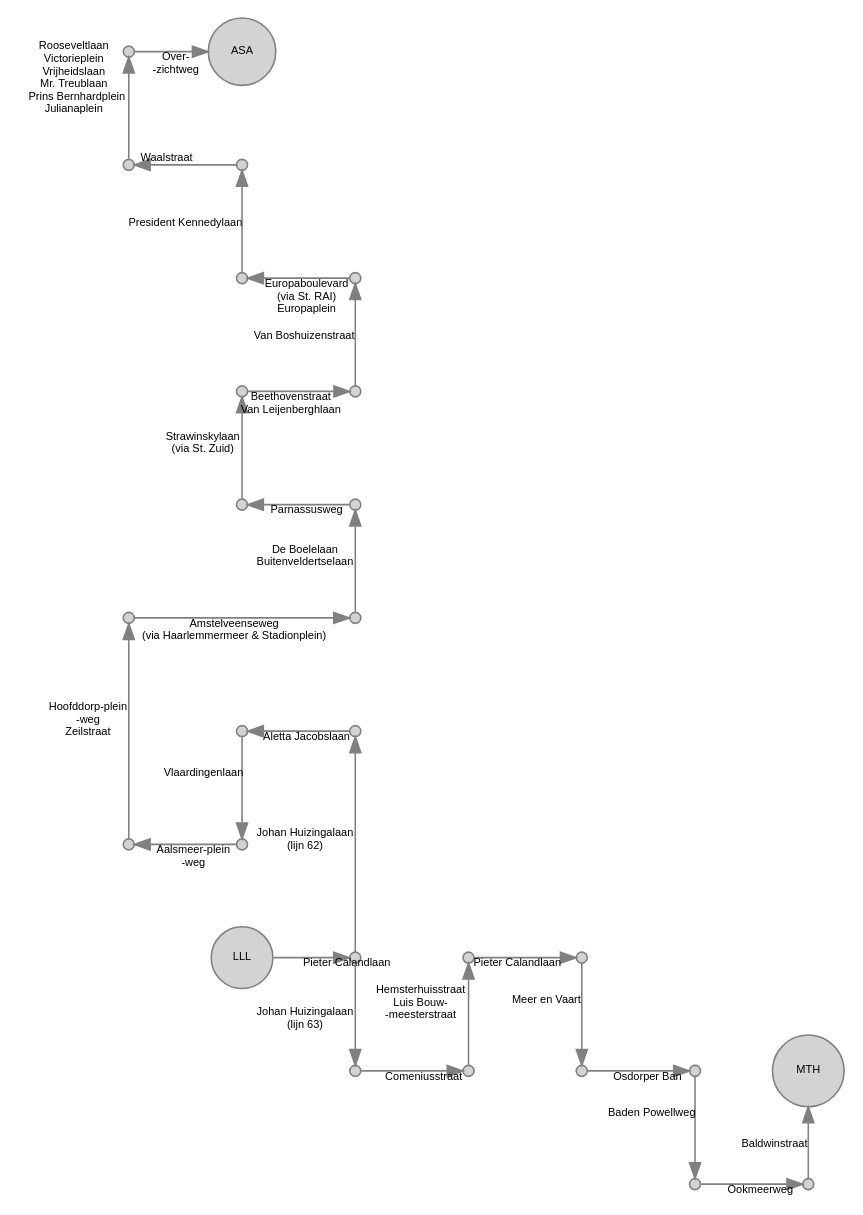
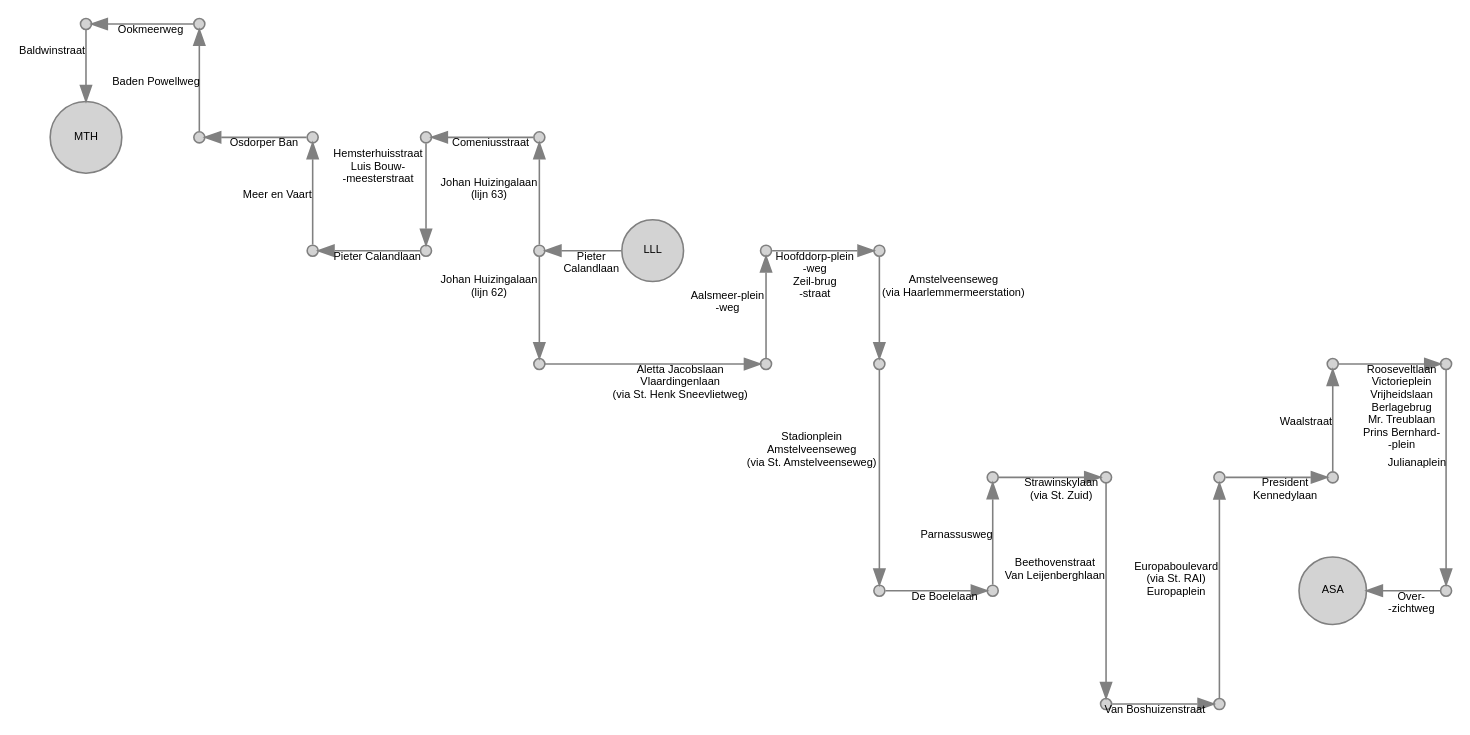
One commit to JacekPardyak/bus changed the diagram in gvb/gvb_LLL.gv. Above: the diagram before and after it, drawn with Graphviz. The commit also changed 26 other files, not shown here.

```diff
--- a/gvb/gvb_LLL.gv
+++ b/gvb/gvb_LLL.gv
@@ -1,82 +1,91 @@
 digraph G {
   layout = neato
   node [shape = circle, style = filled, fillcolor = lightgray, color=gray, height=0.1, label = "", fontsize = 7, fontname = "Arial"]
   edge [color=gray, fontsize = 7, fontname = "Arial"]
 
   # lijn 63
-  6300 [pos = "0, 0!", label = "LLL"]
-  6301 [pos = "1, 0!"]
-  6302 [pos = "1,-1!"]
-  6303 [pos = "2,-1!"]
-  6304 [pos = "2, 0!"]
-  6305 [pos = "3, 0!"]
-  6306 [pos = "3,-1!"]
-  6307 [pos = "4,-1!"]
-  6308 [pos = "4,-2!"]
-  6309 [pos = "5,-2!"]
-  6310 [pos = "5,-1!", label = "MTH"]
+  6300 [pos = " 0, 0!", label = "LLL"]
+  6301 [pos = "-1, 0!"]
+  6302 [pos = "-1, 1!"]
+  6303 [pos = "-2, 1!"]
+  6304 [pos = "-2, 0!"]
+  6305 [pos = "-3, 0!"]
+  6306 [pos = "-3, 1!"]
+  6307 [pos = "-4, 1!"]
+  6308 [pos = "-4, 2!"]
+  6309 [pos = "-5, 2!"]
+  6310 [pos = "-5, 1!", label = "MTH"]
 
-  6202 [pos = " 1, 2!"]
-  6203 [pos = " 0, 2!"]
-  6204 [pos = " 0, 1!"]
-  6205 [pos = "-1, 1!"]
-  6206 [pos = "-1, 3!"]
-  6207 [pos = " 1, 3!"]
-  6208 [pos = " 1, 4!"]
-  6209 [pos = " 0, 4!"]
-  6210 [pos = " 0, 5!"]
-  6211 [pos = " 1, 5!"]
-  6212 [pos = " 1, 6!"]
-  6213 [pos = " 0, 6!"]
-  6214 [pos = " 0, 7!"]
-  6215 [pos = "-1, 7!"]
-  6216 [pos = "-1, 8!"]
-  6217 [pos = " 0, 8!", label = "ASA"]
+  6202 [pos = "-1,-1!"]
+  6203 [pos = " 2,-1!"]
+  6204 [pos = " 1,-1!"]
+  6205 [pos = " 1, 0!"]
+  6206 [pos = " 2, 0!"]
+  6207 [pos = " 2,-3!"]
+  6208 [pos = " 3,-3!"]
+  6209 [pos = " 3,-2!"]
+  6210 [pos = " 4,-2!"]
+  6211 [pos = " 4,-4!"]
+  6212 [pos = " 5,-4!"]
+  6213 [pos = " 5,-2!"]
+  6214 [pos = " 6,-2!"]
+  6215 [pos = " 6,-1!"]
+  6216 [pos = " 7,-1!"]
+  6217 [pos = " 7,-3!"]
+  6218 [pos = " 6,-3!", label = "ASA"]
 
-  6300 -> 6301 [label = "Pieter Calandlaan"]
+  6300 -> 6301 [label = "Pieter 
+ Calandlaan"]
   6301 -> 6302 [label = "Johan Huizingalaan 
  (lijn 63)"]
   6302 -> 6303 [label = "Comeniusstraat"]
   6303 -> 6304 [label = "Hemsterhuisstraat 
  Luis Bouw-
 -meesterstraat"]
   6304 -> 6305 [label = "Pieter Calandlaan"]
   6305 -> 6306 [label = "Meer en Vaart"]
   6306 -> 6307 [label = "Osdorper Ban"]
   6307 -> 6308 [label = "Baden Powellweg"]
   6308 -> 6309 [label = "Ookmeerweg"]
   6309 -> 6310 [label = "Baldwinstraat"]
 
   6301 -> 6202 [label = "Johan Huizingalaan 
  (lijn 62)"]
-  6202 -> 6203 [label = "Aletta Jacobslaan"]
-  6203 -> 6204 [label = "Vlaardingenlaan"]
+  6202 -> 6204 [label = "Aletta Jacobslaan 
+ Vlaardingenlaan 
+ (via St. Henk Sneevlietweg)"]
   6204 -> 6205 [label = "Aalsmeer-plein 
  -weg"]
   6205 -> 6206 [label = "Hoofddorp-plein 
  -weg 
- Zeilstraat"]
-  6206 -> 6207 [label = "Amstelveenseweg 
- (via Haarlemmermeer & Stadionplein)"]
-  6207 -> 6208 [label = "De Boelelaan 
- Buitenveldertselaan"]
+ Zeil-brug 
+ -straat"]
+  6206 -> 6203 [label = "Amstelveenseweg 
+ (via Haarlemmermeerstation)"]
+  6203 -> 6207 [label = "Stadionplein 
+ Amstelveenseweg 
+ (via St. Amstelveenseweg)"]
+  6207 -> 6208 [label = "De Boelelaan"]
   6208 -> 6209 [label = "Parnassusweg"]
   6209 -> 6210 [label = "Strawinskylaan 
  (via St. Zuid)"]
   6210 -> 6211 [label = "Beethovenstraat 
  Van Leijenberghlaan"]
   6211 -> 6212 [label = "Van Boshuizenstraat"]
   6212 -> 6213 [label = "Europaboulevard 
  (via St. RAI) 
  Europaplein"]
-  6213 -> 6214 [label = "President Kennedylaan"]
+  6213 -> 6214 [label = "President 
+ Kennedylaan"]
   6214 -> 6215 [label = "Waalstraat"]
   6215 -> 6216 [label = "Rooseveltlaan 
-Victorieplein 
-Vrijheidslaan 
-Mr. Treublaan 
- &nbsp; Prins Bernhardplein 
-Julianaplein"]
-  6216 -> 6217 [label = "Over-
+ Victorieplein 
+ Vrijheidslaan 
+ Berlagebrug 
+ Mr. Treublaan 
+ Prins Bernhard-
+-plein"]
+  6216 -> 6217 [label = "Julianaplein"]
+  6217 -> 6218 [label = "Over-
 -zichtweg"]
-}
+  }
```
